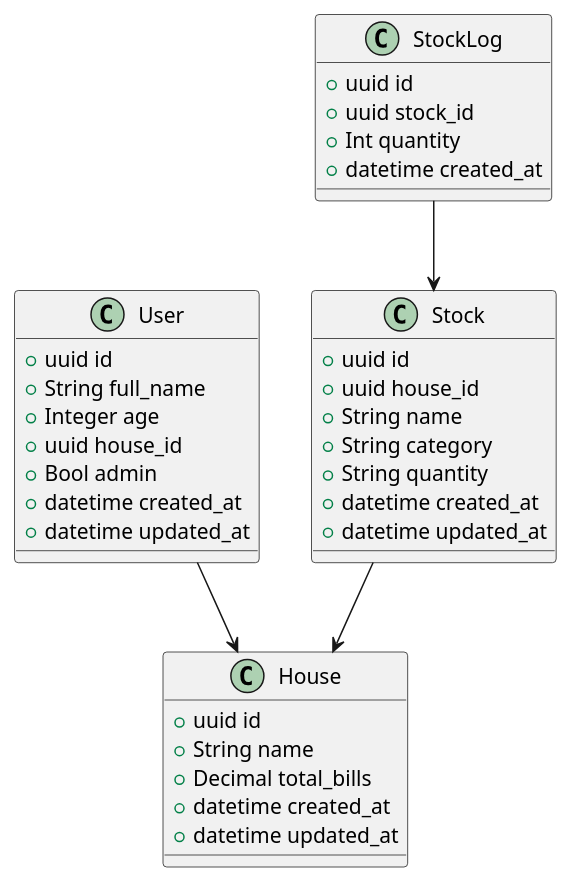
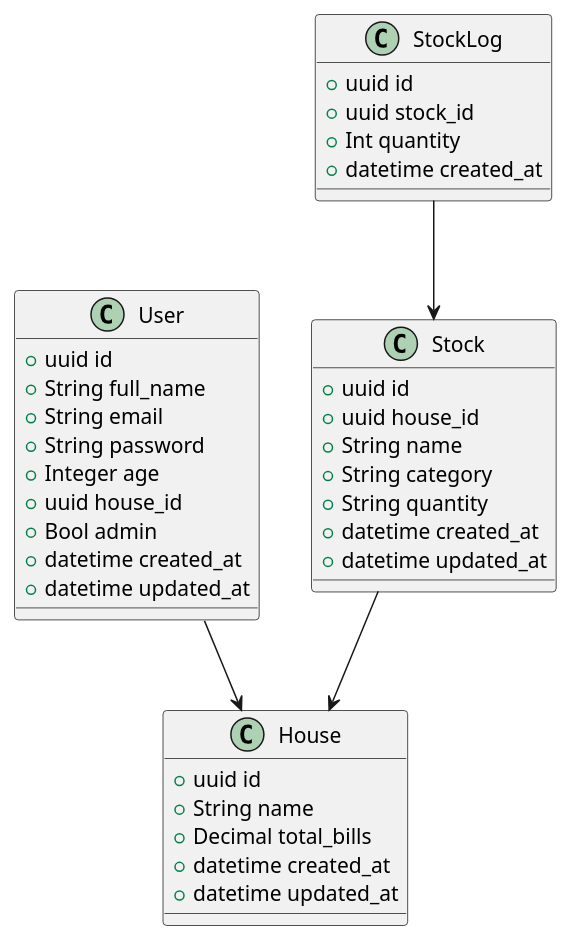
One commit to Douglas-Machado/house_manager_api changed the diagram in house.puml. Above: the diagram before and after it, drawn with PlantUML. The commit also changed 13 other files, not shown here.

```diff
--- a/house.puml
+++ b/house.puml
@@ -1,40 +1,42 @@
 @startuml
     class User {
         +uuid id
         +String full_name
+        +String email
+        +String password
         +Integer age
         +uuid house_id
         +Bool admin
         +datetime created_at
         +datetime updated_at
     }
 
     class House {
         +uuid id
         +String name
         +Decimal total_bills
         +datetime created_at
         +datetime updated_at
     }
 
     class Stock {
         +uuid id
         +uuid house_id 
         +String name
         +String category
         +String quantity
         +datetime created_at
         +datetime updated_at
     }
 
     class StockLog {
         +uuid id
         +uuid stock_id
         +Int quantity
         +datetime created_at 
     }
 
     User --> House
     Stock --> House
     StockLog --> Stock
 @enduml
```
